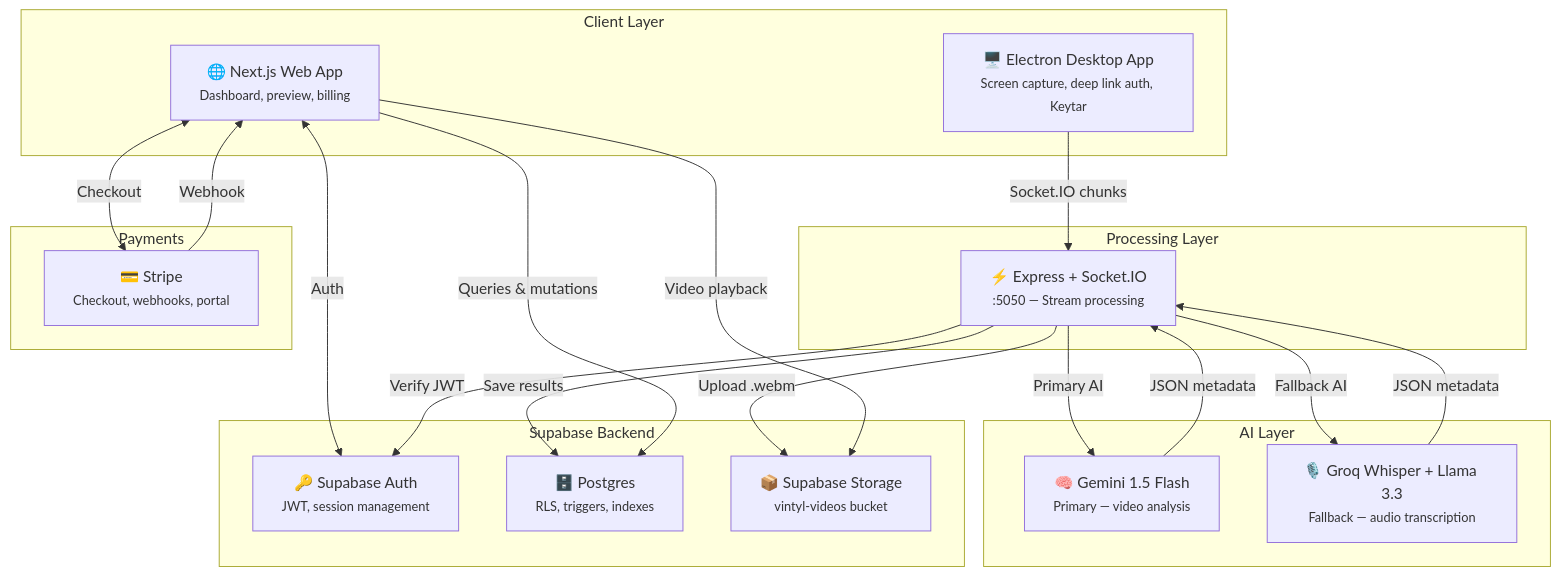
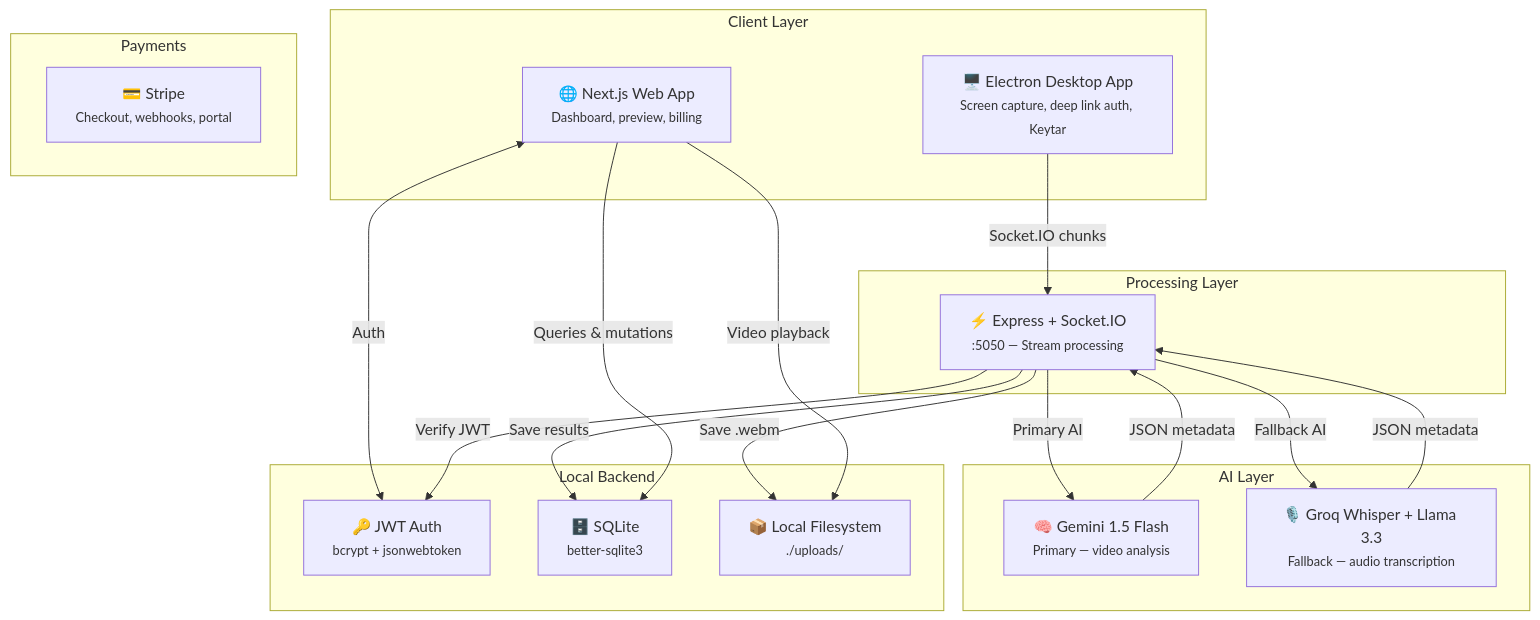
The first of 3 diagrams in README.md (YumiNoona/Vintyl), drawn with Mermaid before and after one commit. The commit also changed other lines of this file and 49 other files, not shown here.

````diff
--- a/README.md
+++ b/README.md
@@ -79,40 +77,38 @@
 ```mermaid
 graph TB
     subgraph Client["Client Layer"]
         ELECTRON["🖥️ Electron Desktop App<br/><small>Screen capture, deep link auth, Keytar</small>"]
         BROWSER["🌐 Next.js Web App<br/><small>Dashboard, preview, billing</small>"]
     end
 
     subgraph Processing["Processing Layer"]
         EXPRESS["⚡ Express + Socket.IO<br/><small>:5050 — Stream processing</small>"]
     end
 
     subgraph AI["AI Layer"]
         GEMINI["🧠 Gemini 1.5 Flash<br/><small>Primary — video analysis</small>"]
         GROQ["🎙️ Groq Whisper + Llama 3.3<br/><small>Fallback — audio transcription</small>"]
     end
 
-    subgraph Backend["Supabase Backend"]
-        AUTH["🔑 Supabase Auth<br/><small>JWT, session management</small>"]
-        DB["🗄️ Postgres<br/><small>RLS, triggers, indexes</small>"]
-        STORAGE["📦 Supabase Storage<br/><small>vintyl-videos bucket</small>"]
+    subgraph Backend["Local Backend"]
+        AUTH["🔑 JWT Auth<br/><small>bcrypt + jsonwebtoken</small>"]
+        DB["🗄️ SQLite<br/><small>better-sqlite3</small>"]
+        STORAGE["📦 Local Filesystem<br/><small>./uploads/</small>"]
     end
 
     subgraph Payments["Payments"]
         STRIPE["💳 Stripe<br/><small>Checkout, webhooks, portal</small>"]
     end
 
     ELECTRON -->|"Socket.IO chunks"| EXPRESS
-    EXPRESS -->|"Upload .webm"| STORAGE
+    EXPRESS -->|"Save .webm"| STORAGE
     EXPRESS -->|"Primary AI"| GEMINI
     EXPRESS -->|"Fallback AI"| GROQ
     GEMINI -->|"JSON metadata"| EXPRESS
     GROQ -->|"JSON metadata"| EXPRESS
     EXPRESS -->|"Save results"| DB
     BROWSER -->|"Queries & mutations"| DB
     BROWSER -->|"Video playback"| STORAGE
     BROWSER <-->|"Auth"| AUTH
     EXPRESS -->|"Verify JWT"| AUTH
-    BROWSER <-->|"Checkout"| STRIPE
-    STRIPE -->|"Webhook"| BROWSER
 ```
````
